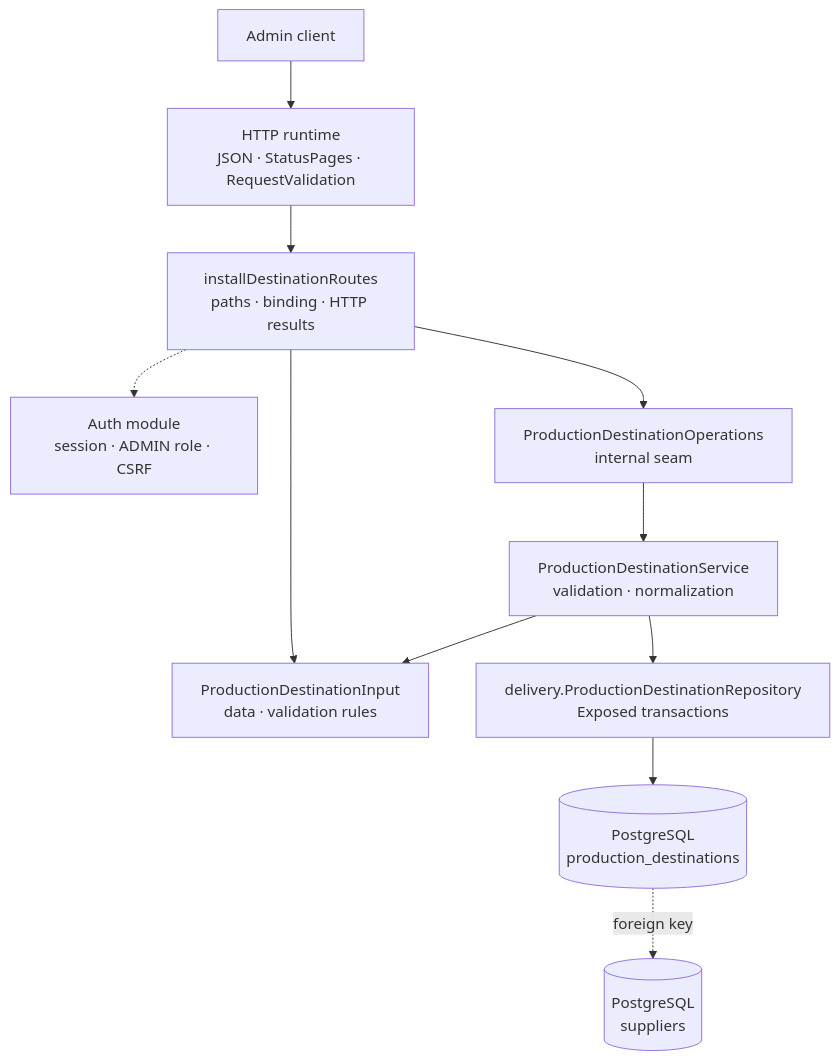
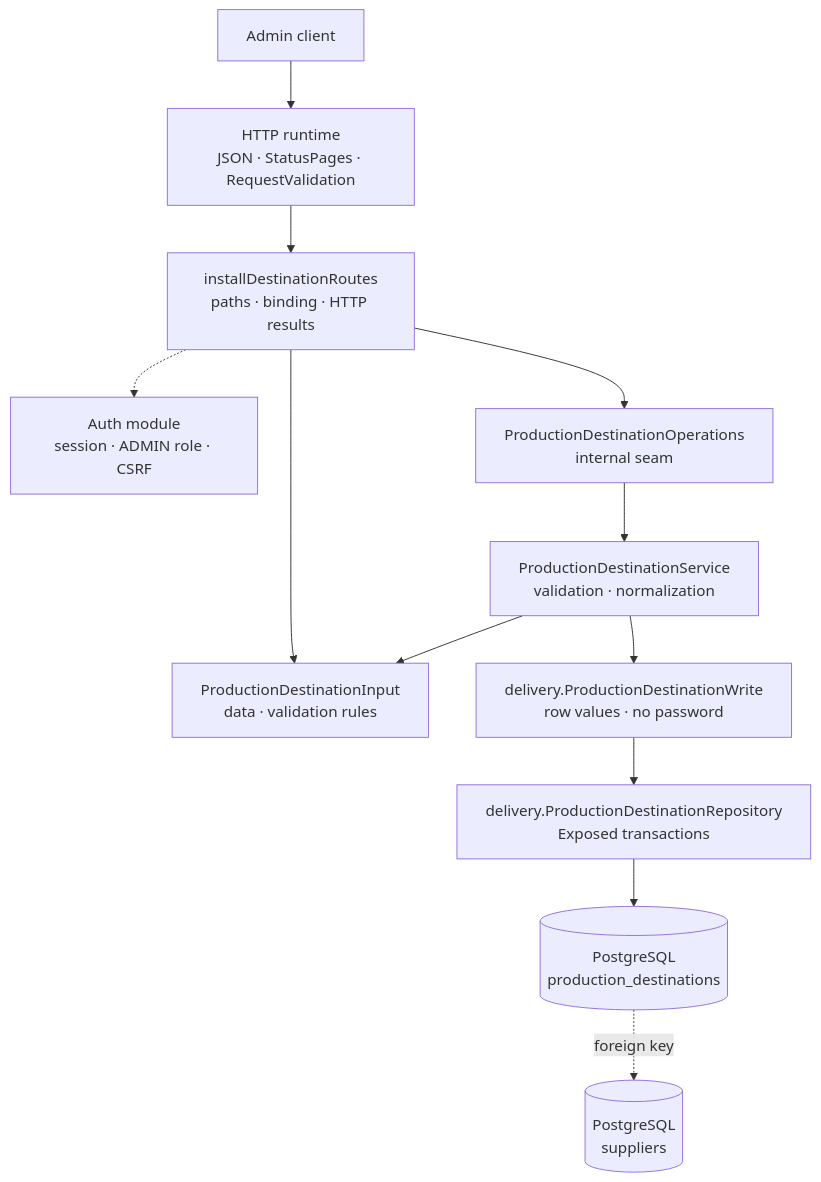
The second of 2 diagrams in docs/dev/backend/production-package.md (bitstorm-tech/voenix-shop-kotlin), drawn with Mermaid before and after one commit. The commit also changed other lines of this file and 10 other files, not shown here.

First line of the commit message:
Production: write model, single carrier parse, one fulfillment batch (#139)

````diff
--- a/docs/dev/backend/production-package.md
+++ b/docs/dev/backend/production-package.md
@@ -158,23 +158,25 @@
 ```mermaid
 flowchart TB
     Client["Admin client"]
     Http["HTTP runtime<br/>JSON · StatusPages · RequestValidation"]
     Auth["Auth module<br/>session · ADMIN role · CSRF"]
     Routes["installDestinationRoutes<br/>paths · binding · HTTP results"]
     Input["ProductionDestinationInput<br/>data · validation rules"]
     Operations["ProductionDestinationOperations<br/>internal seam"]
     Service["ProductionDestinationService<br/>validation · normalization"]
+    Write["delivery.ProductionDestinationWrite<br/>row values · no password"]
     Repository["delivery.ProductionDestinationRepository<br/>Exposed transactions"]
     Destinations[("PostgreSQL<br/>production_destinations")]
     Suppliers[("PostgreSQL<br/>suppliers")]
 
     Client --> Http --> Routes
     Routes -.-> Auth
     Routes --> Input
     Routes --> Operations
     Operations --> Service
     Service --> Input
-    Service --> Repository
+    Service --> Write
+    Write --> Repository
     Repository --> Destinations
     Destinations -.->|"foreign key"| Suppliers
 ```
````
